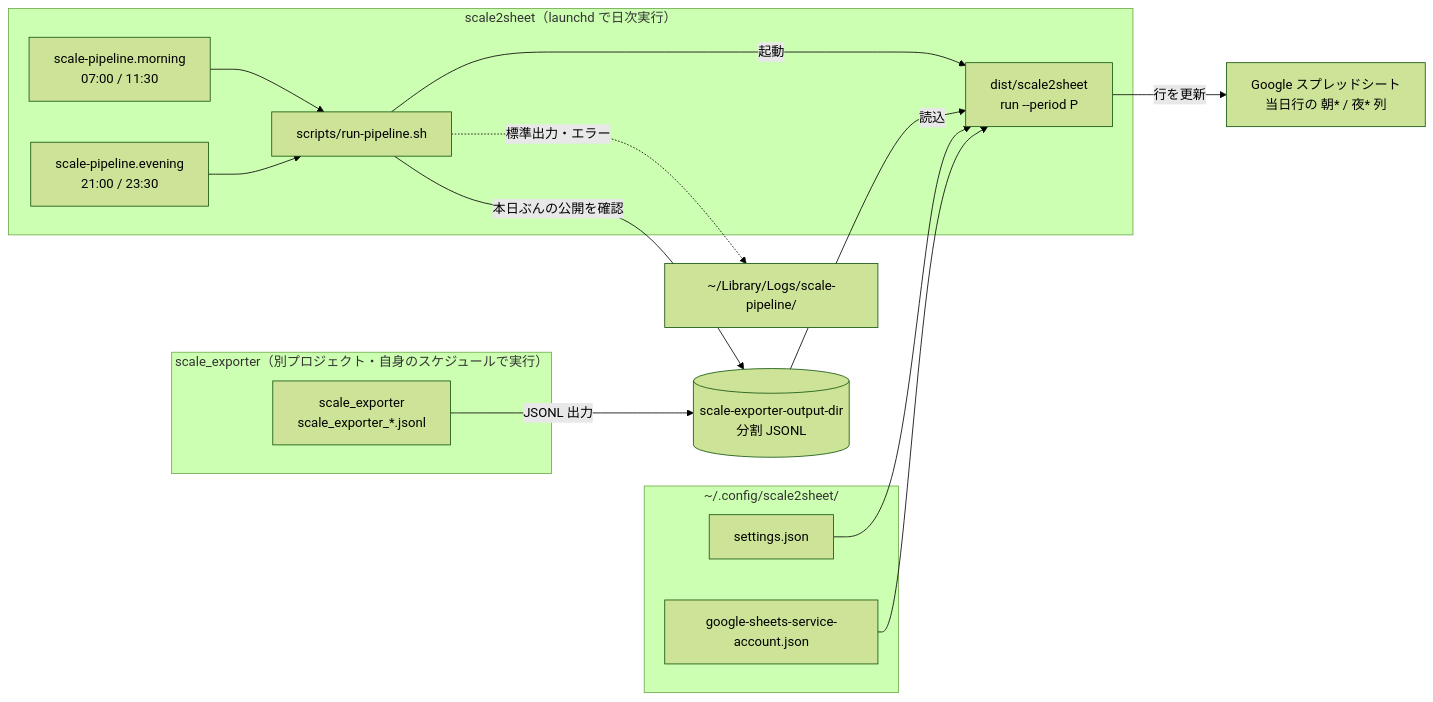
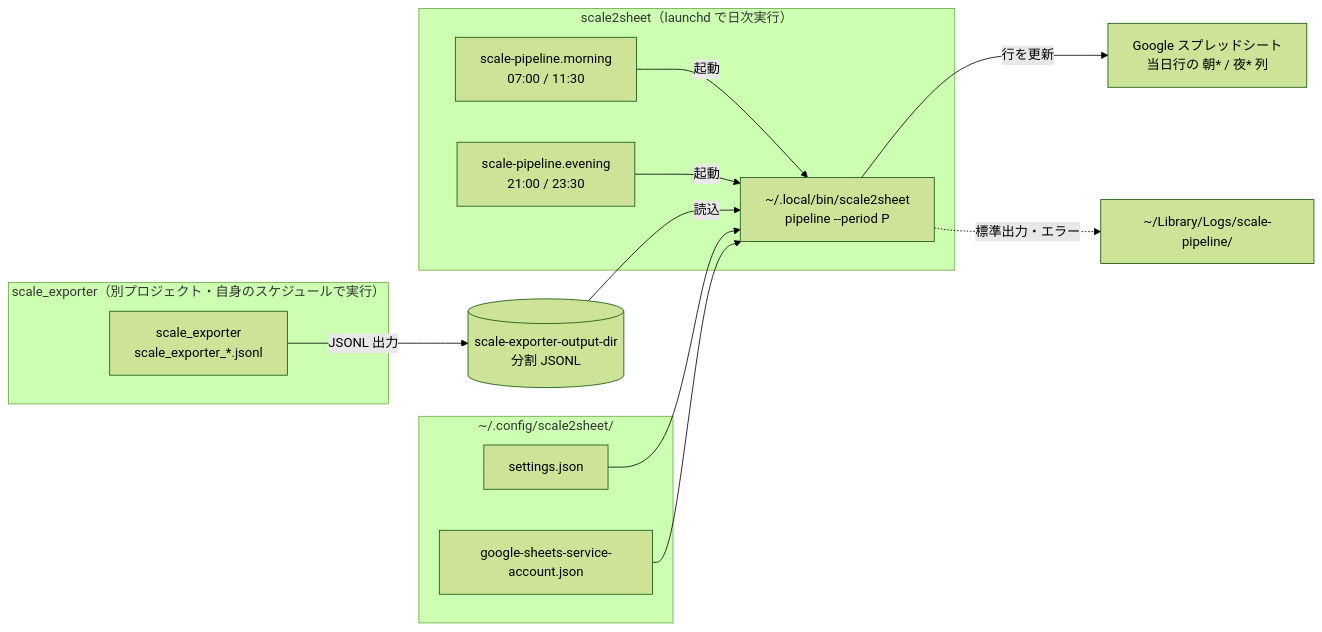
The first of 2 diagrams in README.md (kappaseijin/scale2sheet4go), drawn with Mermaid (forest theme) before and after one commit. The commit also changed other lines of this file and 1 other file, not shown here.

````diff
--- a/README.md
+++ b/README.md
@@ -21,34 +21,31 @@
 ```mermaid
 %% verify: composition
 flowchart LR
   subgraph exp_side["scale_exporter（別プロジェクト・自身のスケジュールで実行）"]
     EXP["scale_exporter<br/>scale_exporter_*.jsonl"]
   end
 
   subgraph s2s["scale2sheet（launchd で日次実行）"]
     LA["scale-pipeline.morning<br/>07:00 / 11:30"]
     LB["scale-pipeline.evening<br/>21:00 / 23:30"]
-    SH["scripts/run-pipeline.sh"]
-    BIN["dist/scale2sheet<br/>run --period P"]
+    BIN["~/.local/bin/scale2sheet<br/>pipeline --period P"]
   end
 
   subgraph cfg["~/.config/scale2sheet/"]
     CFG["settings.json"]
     SEC["google-sheets-service-account.json"]
   end
 
   OUT[("scale-exporter-output-dir<br/>分割 JSONL")]
   LOG["~/Library/Logs/scale-pipeline/"]
   GS["Google スプレッドシート<br/>当日行の 朝* / 夜* 列"]
 
   EXP -->|JSONL 出力| OUT
-  LA --> SH
-  LB --> SH
-  SH -->|本日ぶんの公開を確認| OUT
-  SH -->|起動| BIN
+  LA -->|起動| BIN
+  LB -->|起動| BIN
   OUT -->|読込| BIN
   CFG --> BIN
   SEC --> BIN
   BIN -->|行を更新| GS
-  SH -.->|標準出力・エラー| LOG
+  BIN -.->|標準出力・エラー| LOG
 ```
````
